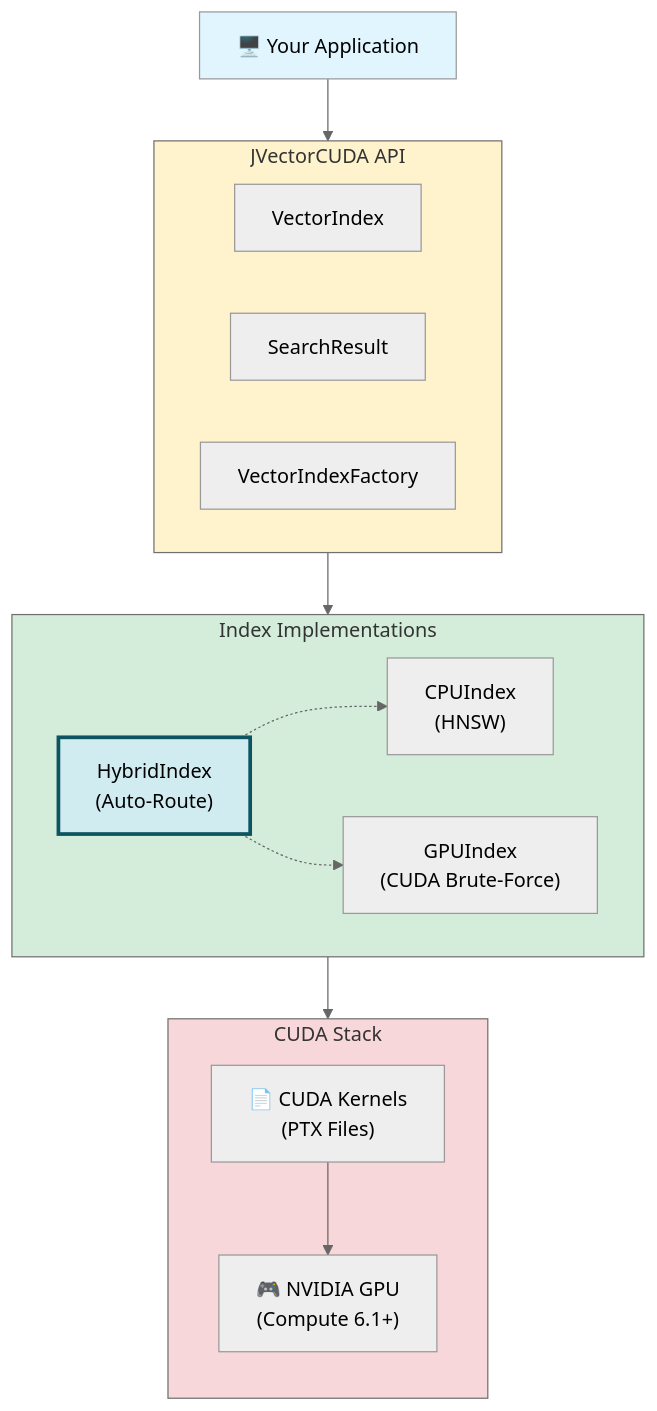
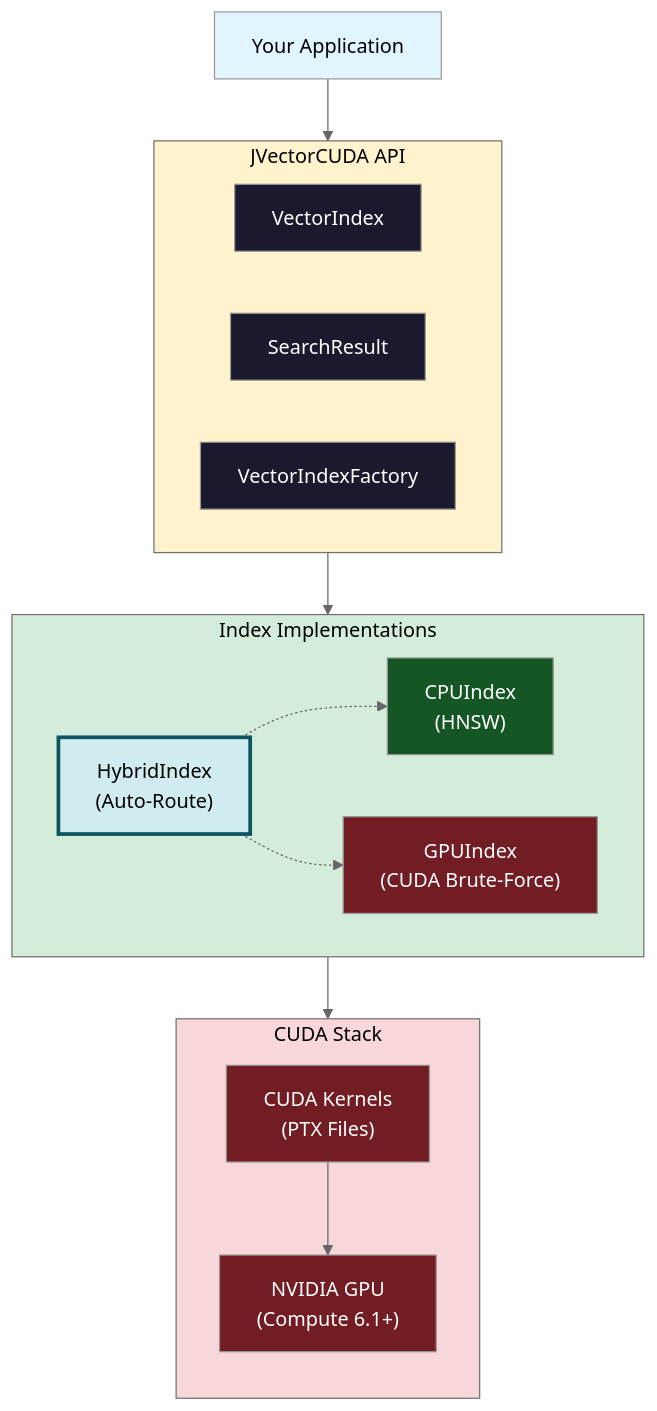
One commit to michaelangelo23/jvectorcuda changed the first of 2 diagrams in README.md. Above: the diagram before and after it, drawn with Mermaid (neutral theme). The commit also changed other lines of this file, not shown here.

Commit message:
docs: add Roadmap section with future features

````diff
--- a/README.md
+++ b/README.md
@@ -58,39 +58,46 @@
 ```mermaid
 flowchart TB
-    App["🖥️ Your Application"]
+    App["Your Application"]
     
     subgraph API["JVectorCUDA API"]
         direction LR
         VectorIndex["VectorIndex"]
         SearchResult["SearchResult"]
         Factory["VectorIndexFactory"]
     end
     
     subgraph Implementations["Index Implementations"]
         direction LR
         CPU["CPUIndex<br/>(HNSW)"]
         GPU["GPUIndex<br/>(CUDA Brute-Force)"]
         Hybrid["HybridIndex<br/>(Auto-Route)"]
     end
     
     subgraph CUDAStack["CUDA Stack"]
         direction TB
-        Kernels["📄 CUDA Kernels<br/>(PTX Files)"]
-        NVGPU["🎮 NVIDIA GPU<br/>(Compute 6.1+)"]
+        Kernels["CUDA Kernels<br/>(PTX Files)"]
+        NVGPU["NVIDIA GPU<br/>(Compute 6.1+)"]
     end
     
     App --> API
     API --> Implementations
     
     GPU --> CUDAStack
     Hybrid -.-> CPU
     Hybrid -.-> GPU
     
     Kernels --> NVGPU
     
-    style App fill:#e1f5ff
-    style API fill:#fff3cd
-    style Implementations fill:#d4edda
-    style CUDAStack fill:#f8d7da
-    style Hybrid fill:#d1ecf1,stroke:#0c5460,stroke-width:3px
+    style App fill:#e1f5ff,color:#000
+    style API fill:#fff3cd,color:#000
+    style Implementations fill:#d4edda,color:#000
+    style CUDAStack fill:#f8d7da,color:#000
+    style Hybrid fill:#d1ecf1,stroke:#0c5460,stroke-width:3px,color:#000
+    style VectorIndex fill:#1a1a2e,color:#fff
+    style SearchResult fill:#1a1a2e,color:#fff
+    style Factory fill:#1a1a2e,color:#fff
+    style CPU fill:#155724,color:#fff
+    style GPU fill:#721c24,color:#fff
+    style Kernels fill:#721c24,color:#fff
+    style NVGPU fill:#721c24,color:#fff
 ```
````
